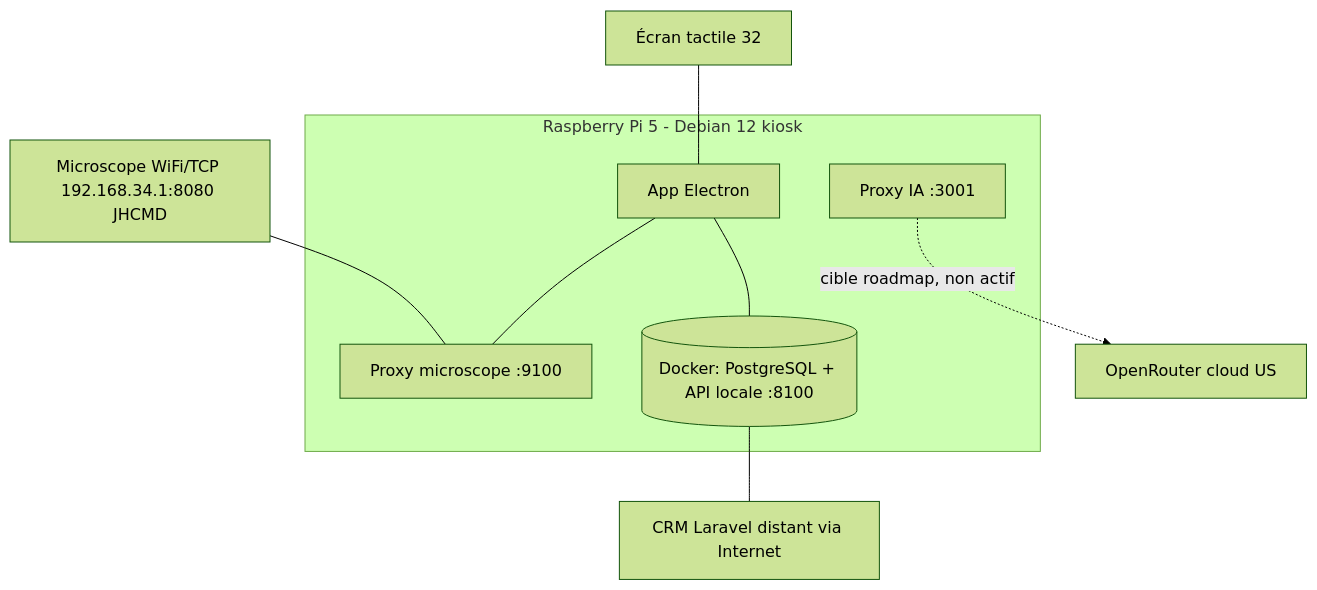
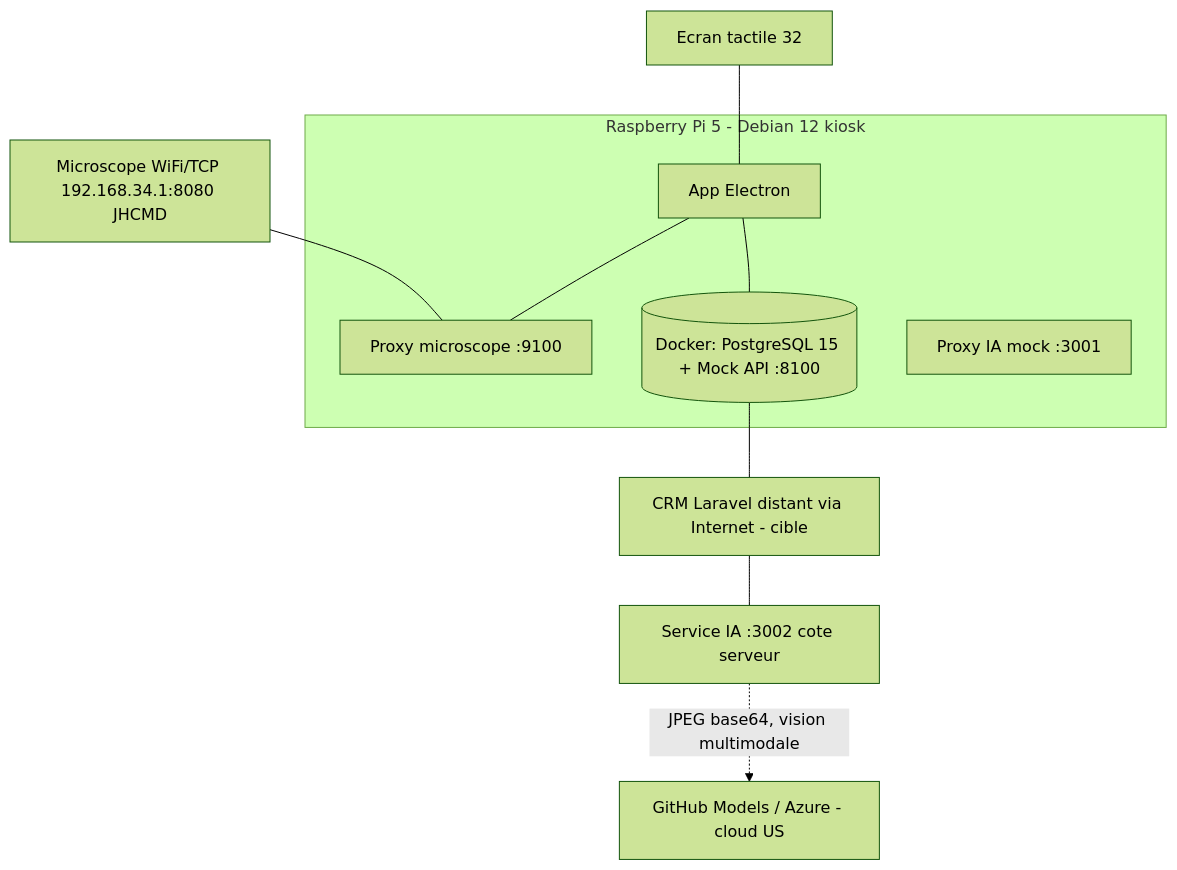
One commit to Wazadriano/projet-miroirIoT changed the third of 3 diagrams in docs/DOCUMENT-COMPLET-RNCP.md. Above: the diagram before and after it, drawn with Mermaid (forest theme). The commit also changed other lines of this file and 15 other files, not shown here.

````diff
--- a/docs/DOCUMENT-COMPLET-RNCP.md
+++ b/docs/DOCUMENT-COMPLET-RNCP.md
@@ -296,12 +337,13 @@
 ```mermaid
 graph TB
   subgraph Pi[Raspberry Pi 5 - Debian 12 kiosk]
     E[App Electron] --- Pr[Proxy microscope :9100]
-    E --- D[(Docker: PostgreSQL + API locale :8100)]
-    IA[Proxy IA :3001]
+    E --- D[(Docker: PostgreSQL 15 + Mock API :8100)]
+    IA[Proxy IA mock :3001]
   end
   Mic[Microscope WiFi/TCP 192.168.34.1:8080 JHCMD] --- Pr
-  Ecran[Écran tactile 32] --- E
-  IA -.->|cible roadmap, non actif| OR[OpenRouter cloud US]
-  D --- CRM[CRM Laravel distant via Internet]
+  Ecran[Ecran tactile 32] --- E
+  D --- CRM[CRM Laravel distant via Internet - cible]
+  CRM --- SRV[Service IA :3002 cote serveur]
+  SRV -.->|JPEG base64, vision multimodale| GH[GitHub Models / Azure - cloud US]
 ```
````
